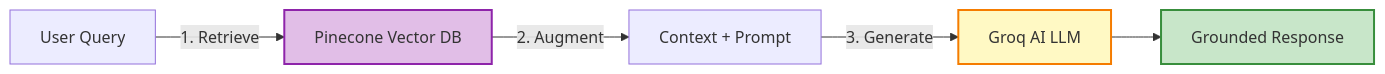
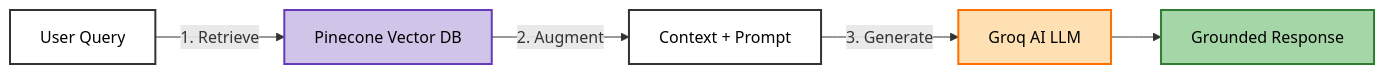
The first of 3 diagrams in README.md (MADHAN21105/Career-Campass), drawn with Mermaid before and after one commit. The commit also changed other lines of this file, not shown here.

Commit message:
Fix: Improve Mermaid diagram text visibility with better colors

````diff
--- a/README.md
+++ b/README.md
@@ -86,11 +86,13 @@
 ```mermaid
 graph LR
     A[User Query] -->|1. Retrieve| B[Pinecone Vector DB]
     B -->|2. Augment| C[Context + Prompt]
     C -->|3. Generate| D[Groq AI LLM]
     D --> E[Grounded Response]
     
-    style B fill:#e1bee7,stroke:#8e24aa,stroke-width:2px
-    style D fill:#fff9c4,stroke:#f57c00,stroke-width:2px
-    style E fill:#c8e6c9,stroke:#388e3c,stroke-width:2px
+    style A fill:#fff,stroke:#333,stroke-width:2px,color:#000
+    style B fill:#d1c4e9,stroke:#673ab7,stroke-width:2px,color:#000
+    style C fill:#fff,stroke:#333,stroke-width:2px,color:#000
+    style D fill:#ffe0b2,stroke:#ff6f00,stroke-width:2px,color:#000
+    style E fill:#a5d6a7,stroke:#2e7d32,stroke-width:2px,color:#000
 ```
````
